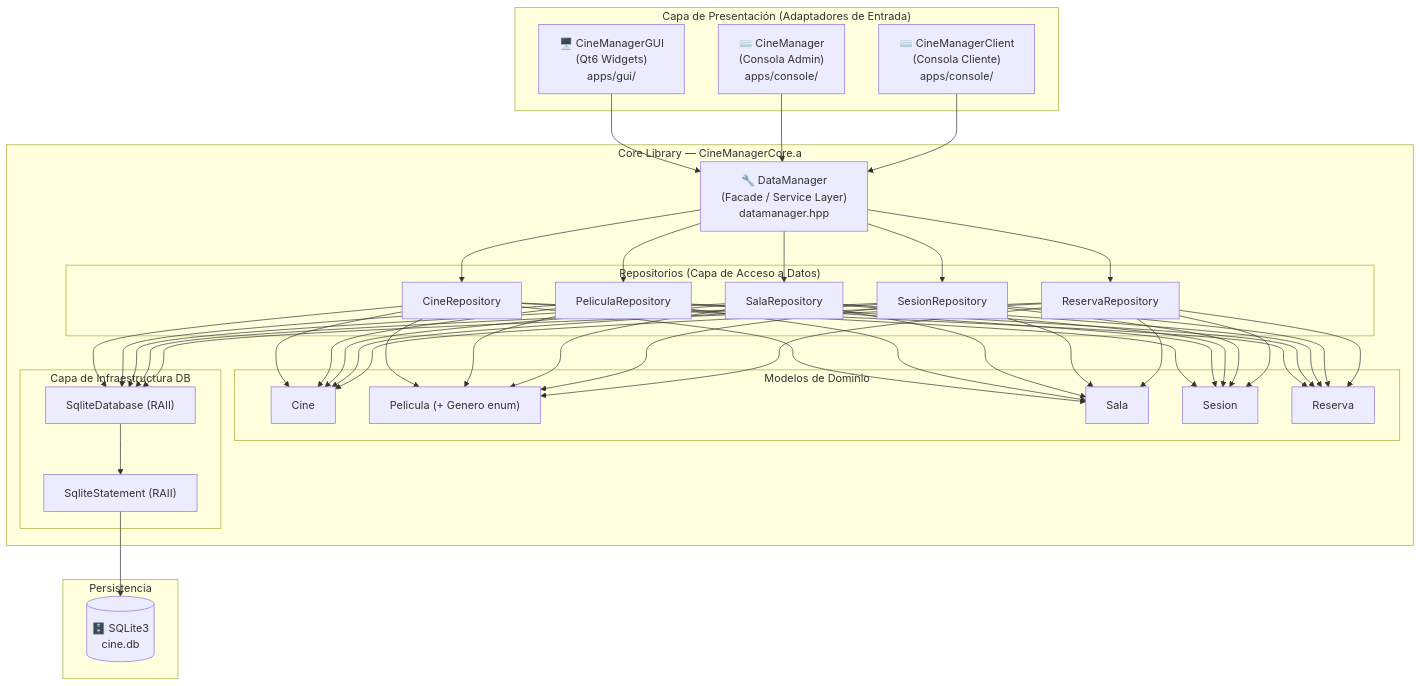
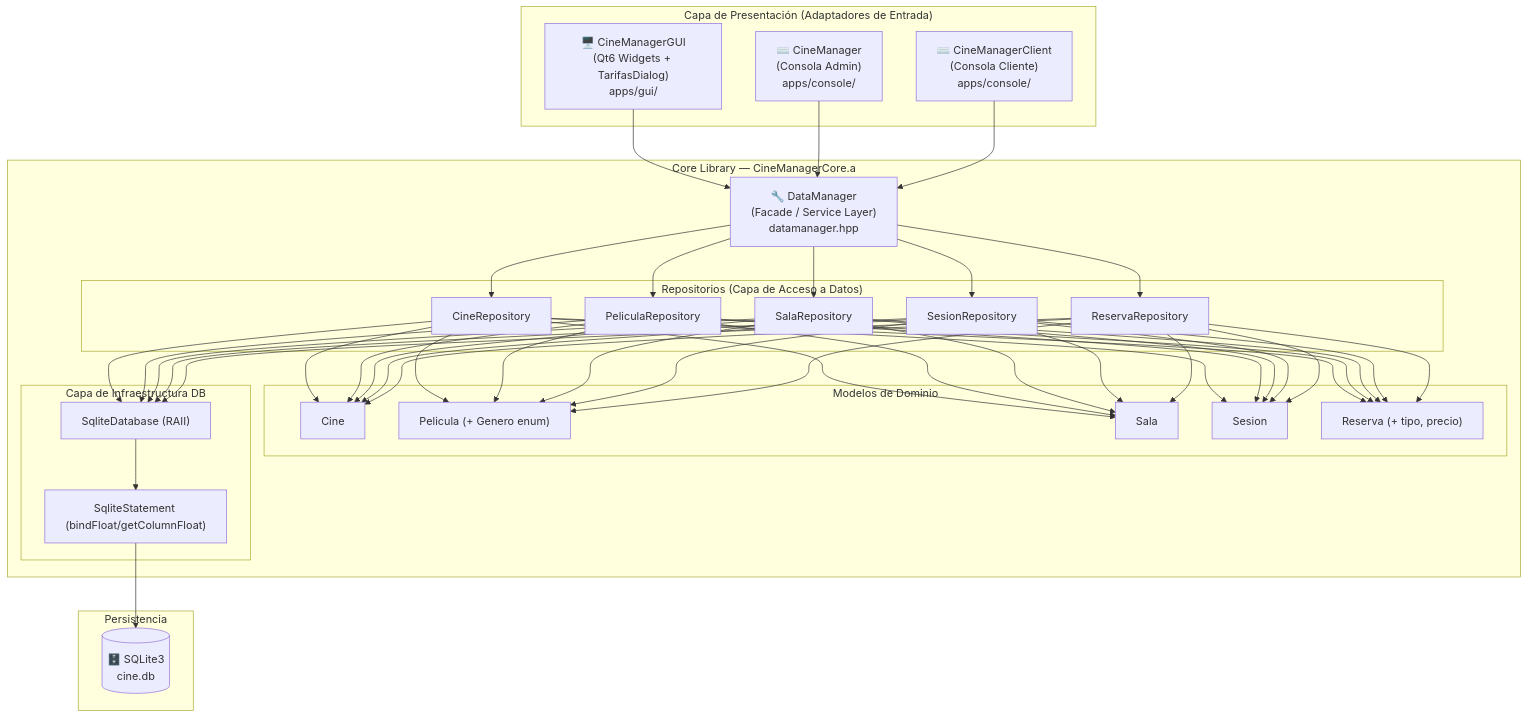
One commit to jorgebd21/CineManager changed the diagram in docs/dev_documentation.md. Above: the diagram before and after it, drawn with Mermaid. The commit also changed other lines of this file and 2 other files, not shown here.

First line of the commit message:
docs: update roadmap, dev documentation, and README

````diff
--- a/docs/dev_documentation.md
+++ b/docs/dev_documentation.md
@@ -28,47 +28,47 @@
 ```mermaid
 graph TB
     subgraph "Capa de Presentación (Adaptadores de Entrada)"
-        GUI["🖥️ CineManagerGUI<br/>(Qt6 Widgets)<br/>apps/gui/"]
+        GUI["🖥️ CineManagerGUI<br/>(Qt6 Widgets + TarifasDialog)<br/>apps/gui/"]
         ADMIN["⌨️ CineManager<br/>(Consola Admin)<br/>apps/console/"]
         CLIENT["⌨️ CineManagerClient<br/>(Consola Cliente)<br/>apps/console/"]
     end
 
     subgraph "Core Library — CineManagerCore.a"
         DM["🔧 DataManager<br/>(Facade / Service Layer)<br/>datamanager.hpp"]
 
         subgraph "Repositorios (Capa de Acceso a Datos)"
             CR["CineRepository"]
             PR["PeliculaRepository"]
             SR["SalaRepository"]
             SER["SesionRepository"]
             RR["ReservaRepository"]
         end
 
         subgraph "Modelos de Dominio"
             M1["Cine"]
             M2["Pelicula (+ Genero enum)"]
             M3["Sala"]
             M4["Sesion"]
-            M5["Reserva"]
+            M5["Reserva (+ tipo, precio)"]
         end
 
         subgraph "Capa de Infraestructura DB"
             DB["SqliteDatabase (RAII)"]
-            STMT["SqliteStatement (RAII)"]
+            STMT["SqliteStatement (bindFloat/getColumnFloat)"]
         end
     end
 
     subgraph "Persistencia"
         SQLITE[("🗄️ SQLite3<br/>cine.db")]
     end
 
     GUI --> DM
     ADMIN --> DM
     CLIENT --> DM
 
     DM --> CR & PR & SR & SER & RR
     CR & PR & SR & SER & RR --> DB
     CR & PR & SR & SER & RR --> M1 & M2 & M3 & M4 & M5
     DB --> STMT
     STMT --> SQLITE
 ```
````
